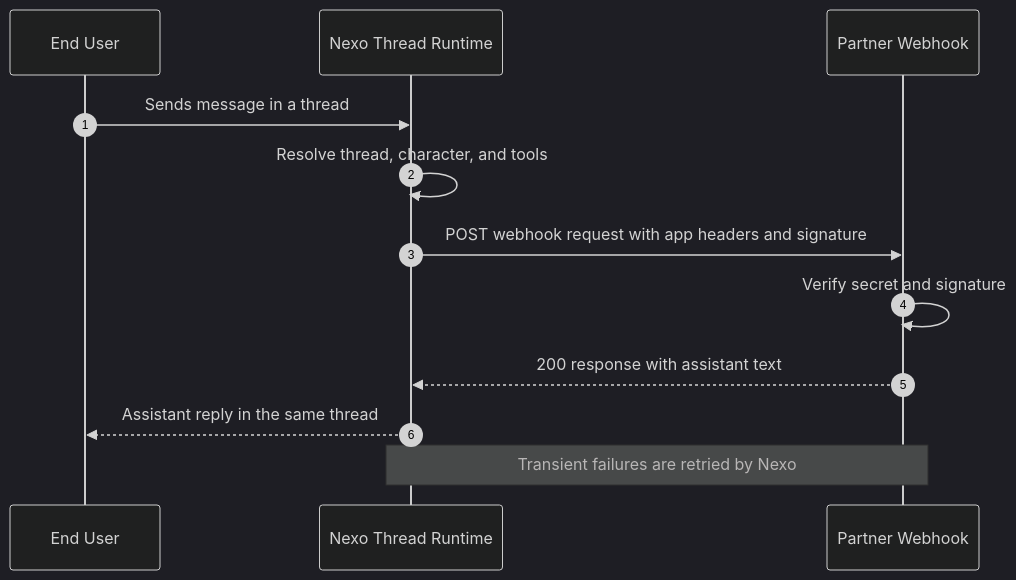
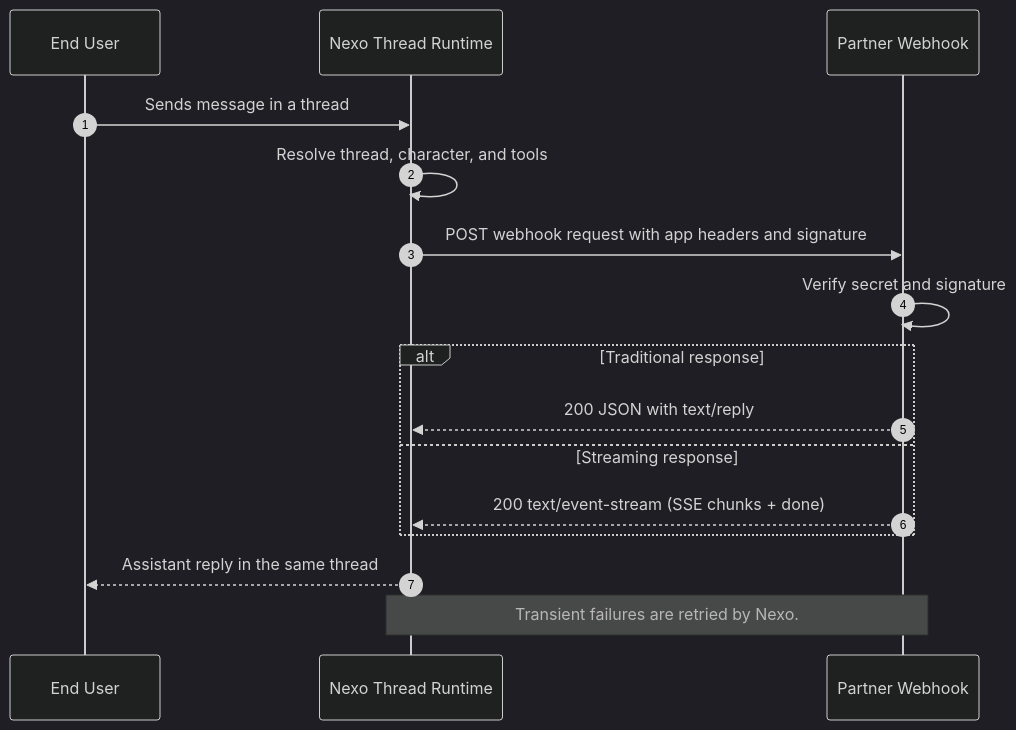
Before and after one commit to The-Wordlab/luzia-nexo-api: the diagram in docs/index.md, drawn with Mermaid (dark theme). The commit also changed 2 other files, not shown here.

Commit message:
docs: illustrate webhook JSON vs SSE response paths

````diff
--- a/docs/index.md
+++ b/docs/index.md
@@ -7,15 +7,19 @@
 ```mermaid
 sequenceDiagram
     autonumber
     participant User as End User
     participant Nexo as Nexo Thread Runtime
     participant Partner as Partner Webhook
 
     User->>Nexo: Sends message in a thread
     Nexo->>Nexo: Resolve thread, character, and tools
     Nexo->>Partner: POST webhook request with app headers and signature
     Partner->>Partner: Verify secret and signature
-    Partner-->>Nexo: 200 response with assistant text
+    alt Traditional response
+        Partner-->>Nexo: 200 JSON with text/reply
+    else Streaming response
+        Partner-->>Nexo: 200 text/event-stream (SSE chunks + done)
+    end
     Nexo-->>User: Assistant reply in the same thread
-    Note over Nexo,Partner: Transient failures are retried by Nexo
+    Note over Nexo,Partner: Transient failures are retried by Nexo.
 ```
````
